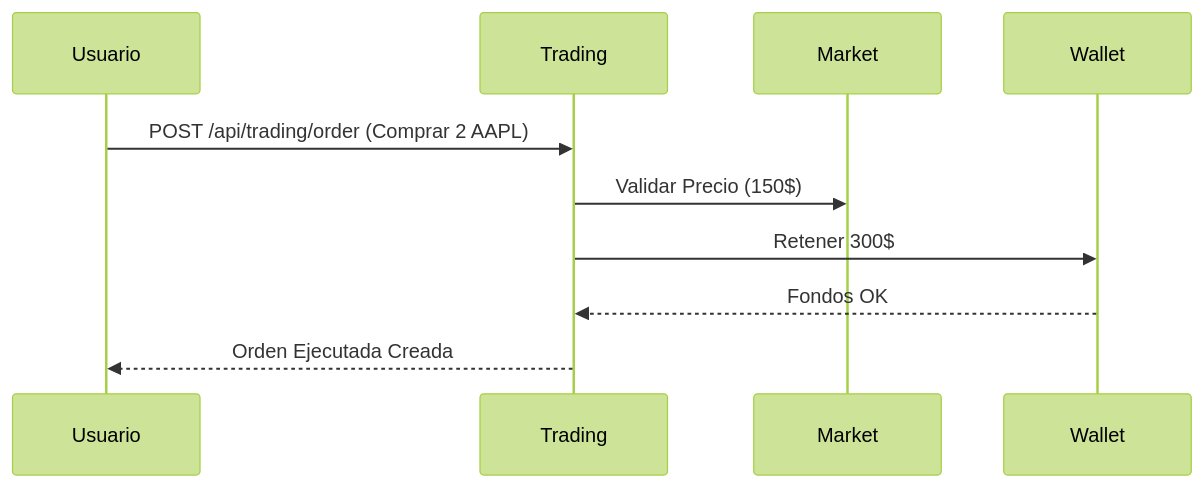
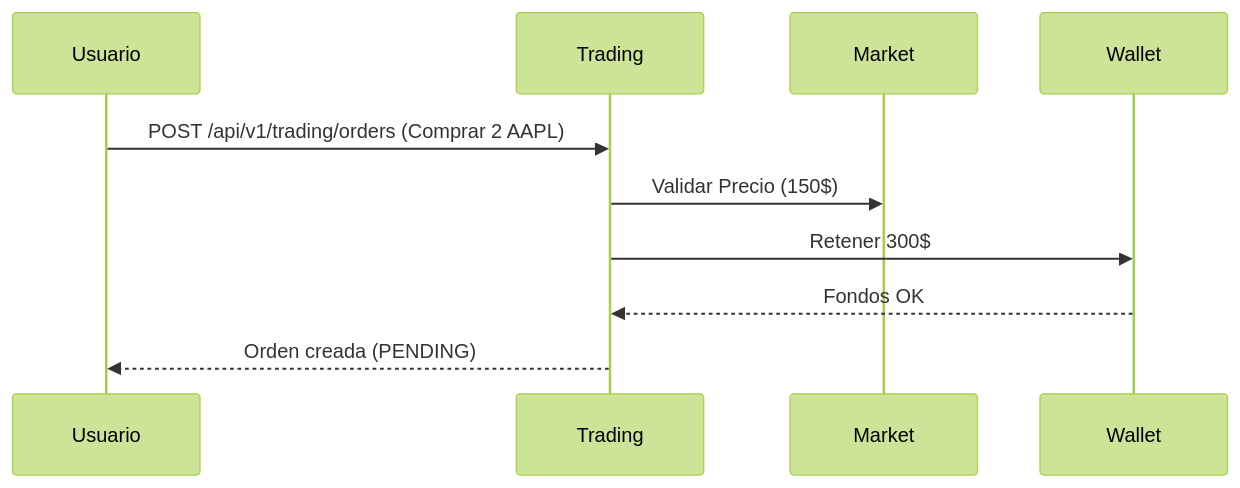
One commit to SergioGarciaRuiz557/EZTrade changed the second of 2 diagrams in EZTrade/backend/demo.md. Above: the diagram before and after it, drawn with Mermaid (forest theme). The commit also changed other lines of this file and 9 other files, not shown here.

````diff
--- a/EZTrade/backend/demo.md
+++ b/EZTrade/backend/demo.md
@@ -151,13 +152,13 @@
 ```mermaid
 sequenceDiagram
     participant Usuario
     participant Trading
     participant Market
     participant Wallet
     
-    Usuario->>Trading: POST /api/trading/order (Comprar 2 AAPL)
+    Usuario->>Trading: POST /api/v1/trading/orders (Comprar 2 AAPL)
     Trading->>Market: Validar Precio (150$)
     Trading->>Wallet: Retener 300$
     Wallet-->>Trading: Fondos OK
-    Trading-->>Usuario: Orden Ejecutada Creada
+    Trading-->>Usuario: Orden creada (PENDING)
 ```
````
